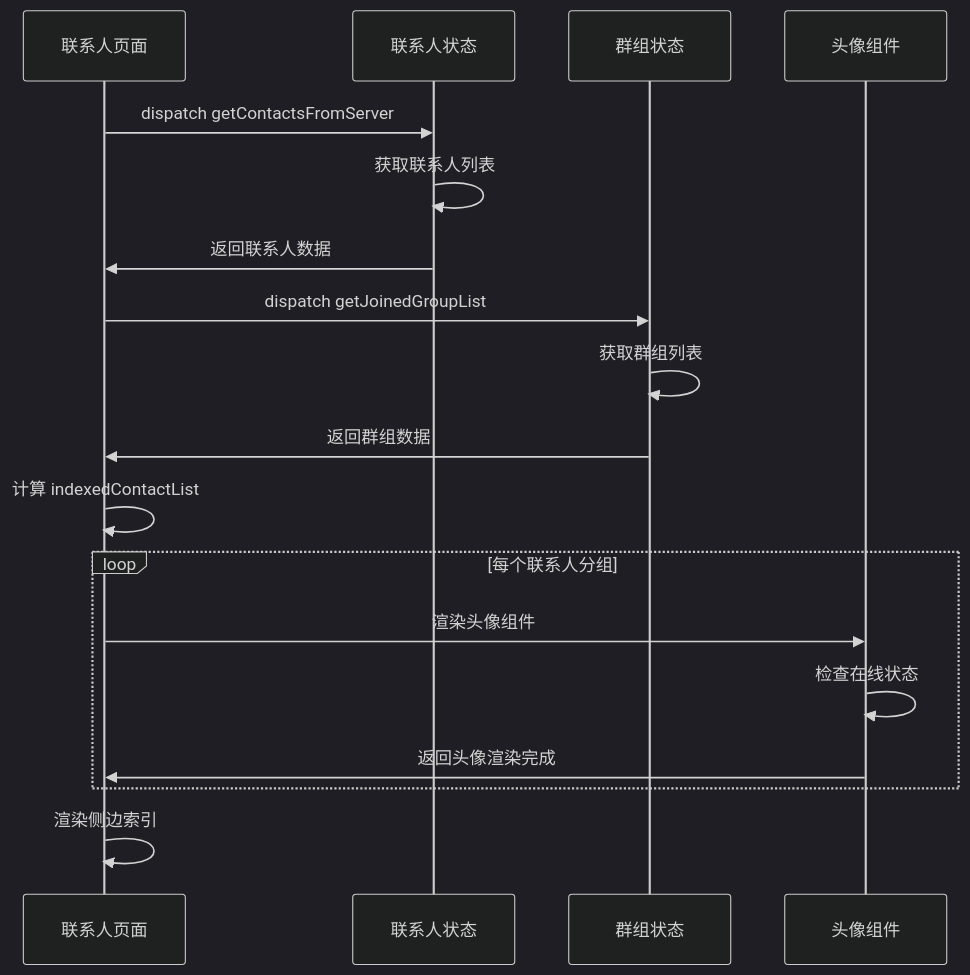
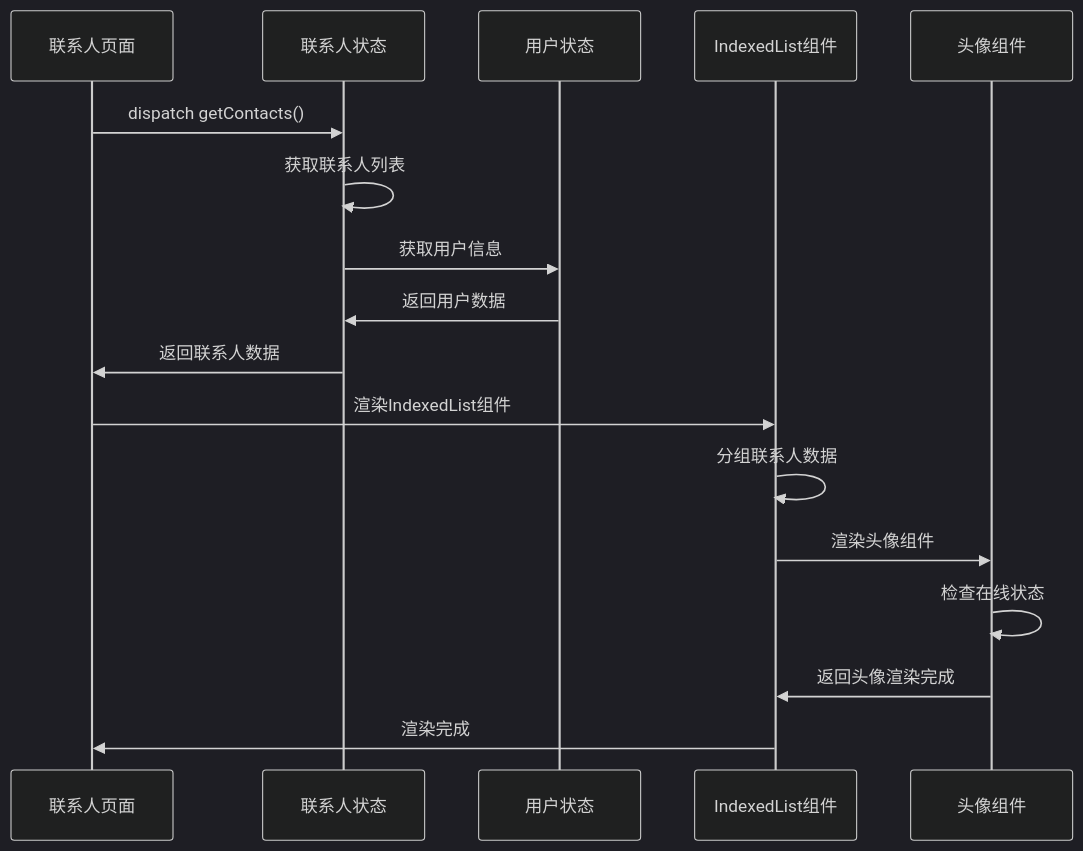
One commit to Easemob-Community/easemob-uikit-uniapp-community changed the fourth of 9 diagrams in .qoder/repowiki/zh/content/Contacts Page.md. Above: the diagram before and after it, drawn with Mermaid (dark theme). The commit also changed other lines of this file and 6 other files, not shown here.

````diff
--- a/.qoder/repowiki/zh/content/Contacts Page.md
+++ b/.qoder/repowiki/zh/content/Contacts Page.md
@@ -214,20 +252,19 @@
 ```mermaid
 sequenceDiagram
 participant CP as 联系人页面
 participant CS as 联系人状态
-participant GS as 群组状态
+participant AS as 用户状态
+participant IL as IndexedList组件
 participant AV as 头像组件
-CP->>CS : dispatch getContactsFromServer
+CP->>CS : dispatch getContacts()
 CS->>CS : 获取联系人列表
+CS->>AS : 获取用户信息
+AS->>CS : 返回用户数据
 CS->>CP : 返回联系人数据
-CP->>GS : dispatch getJoinedGroupList
-GS->>GS : 获取群组列表
-GS->>CP : 返回群组数据
-CP->>CP : 计算 indexedContactList
-loop 每个联系人分组
-CP->>AV : 渲染头像组件
+CP->>IL : 渲染IndexedList组件
+IL->>IL : 分组联系人数据
+IL->>AV : 渲染头像组件
 AV->>AV : 检查在线状态
-AV->>CP : 返回头像渲染完成
-end
-CP->>CP : 渲染侧边索引
+AV->>IL : 返回头像渲染完成
+IL->>CP : 渲染完成
 ```
````
